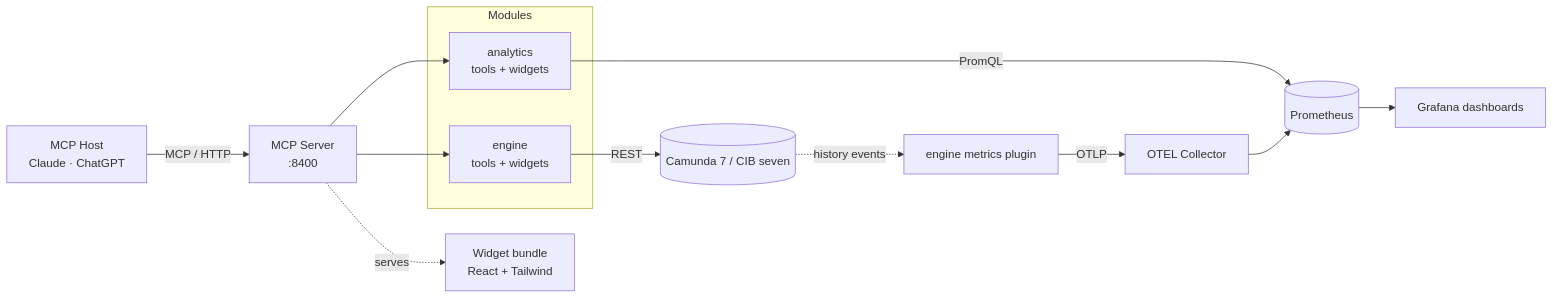
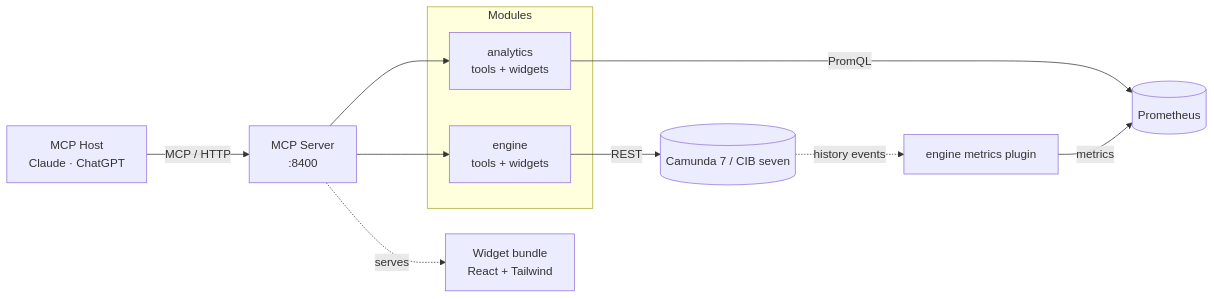
The diagram in docs/mcp/architecture.md (Miragon/pulse), drawn with Mermaid before and after one commit. The commit also changed other lines of this file and 51 other files, not shown here.

````diff
--- a/docs/mcp/architecture.md
+++ b/docs/mcp/architecture.md
@@ -10,22 +10,20 @@
 ```mermaid
 flowchart LR
   Host[MCP Host<br/>Claude · ChatGPT] -->|MCP / HTTP| Server[MCP Server<br/>:8400]
 
   subgraph Modules
     EngineModule[engine<br/>tools + widgets]
     Analytics[analytics<br/>tools + widgets]
   end
 
   Server --> EngineModule
   Server --> Analytics
 
   EngineModule -->|REST| Engine[(Camunda 7 / CIB seven)]
   Analytics -->|PromQL| Prom[(Prometheus)]
 
   Engine -. history events .-> Plugin[engine metrics plugin]
-  Plugin -- OTLP --> Collector[OTEL Collector]
-  Collector --> Prom
-  Prom --> Grafana[Grafana dashboards]
+  Plugin -- metrics --> Prom
 
   Server -. serves .-> Widgets[Widget bundle<br/>React + Tailwind]
 ```
````
